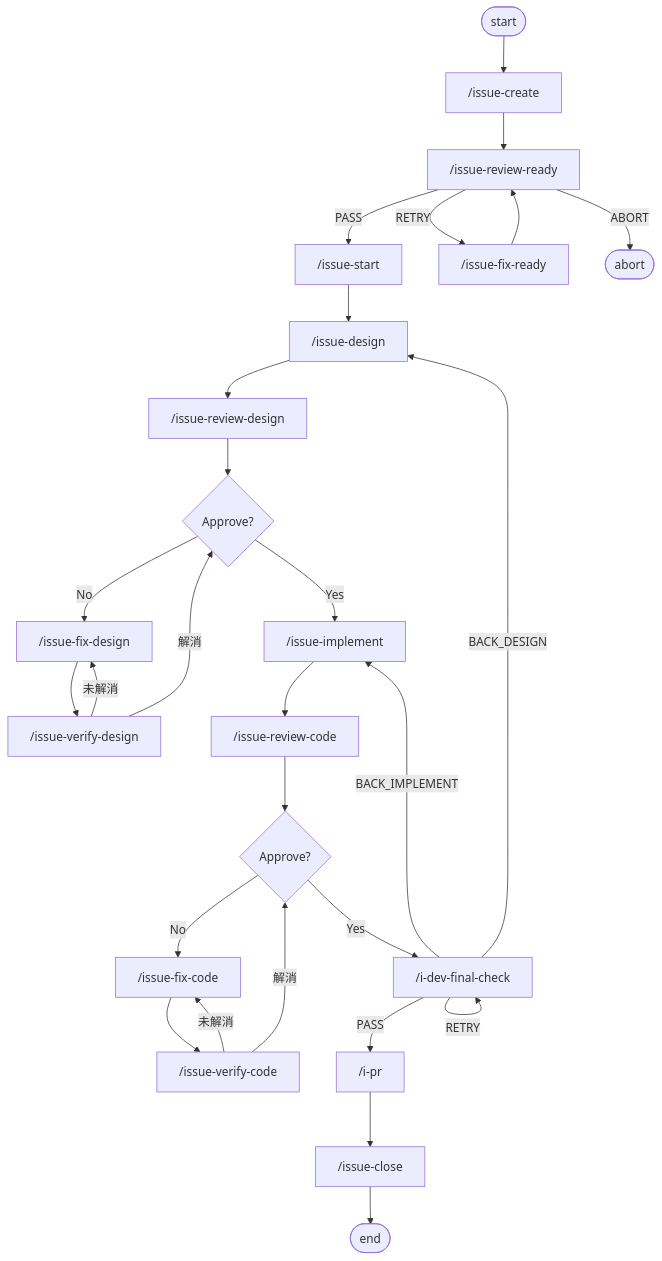
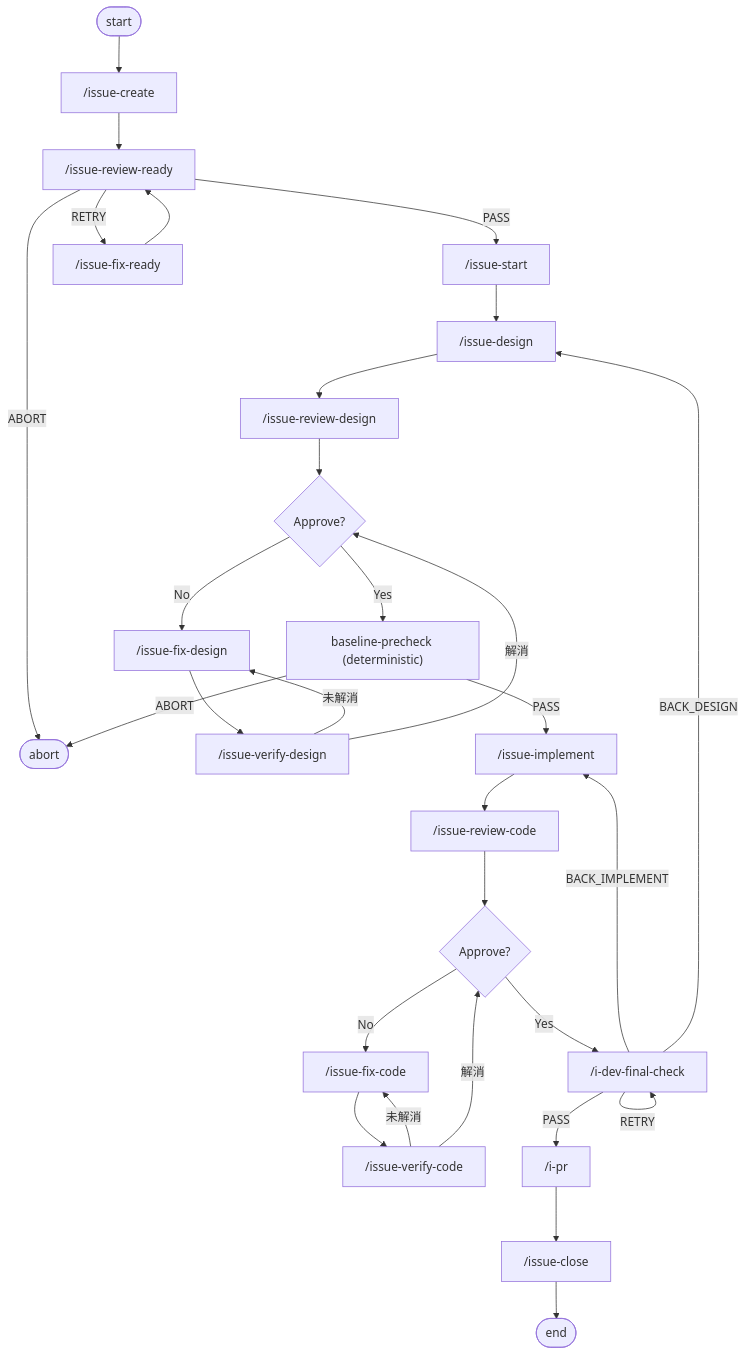
One commit to apokamo/kaji changed the first of 2 diagrams in docs/dev/development_workflow.md. Above: the diagram before and after it, drawn with Mermaid. The commit also changed other lines of this file and 25 other files, not shown here.

Commit message:
feat: add deterministic baseline precheck for #346

````diff
--- a/docs/dev/development_workflow.md
+++ b/docs/dev/development_workflow.md
@@ -16,30 +16,32 @@
 ```mermaid
 flowchart TB
     start([start]) --> cr["/issue-create"]
     cr --> rr["/issue-review-ready"]
     rr -->|PASS| s1["/issue-start"]
     rr -->|RETRY| rf["/issue-fix-ready"]
     rf --> rr
     rr -->|ABORT| abort([abort])
     s1 --> d1["/issue-design"]
     d1 --> d2["/issue-review-design"]
     d2 --> d2a{Approve?}
     d2a -->|No| d3["/issue-fix-design"]
     d3 --> d4["/issue-verify-design"]
     d4 -->|未解消| d3
     d4 -->|解消| d2a
-    d2a -->|Yes| d5["/issue-implement"]
+    d2a -->|Yes| b["baseline-precheck (deterministic)"]
+    b -->|PASS| d5["/issue-implement"]
+    b -->|ABORT| abort
     d5 --> d6["/issue-review-code"]
     d6 --> d6a{Approve?}
     d6a -->|No| d7["/issue-fix-code"]
     d7 --> d8["/issue-verify-code"]
     d8 -->|未解消| d7
     d8 -->|解消| d6a
     d6a -->|Yes| d9["/i-dev-final-check"]
     d9 -->|PASS| pr["/i-pr"]
     d9 -->|RETRY| d9
     d9 -->|BACK_IMPLEMENT| d5
     d9 -->|BACK_DESIGN| d1
     pr --> close["/issue-close"]
     close --> done([end])
 ```
````
